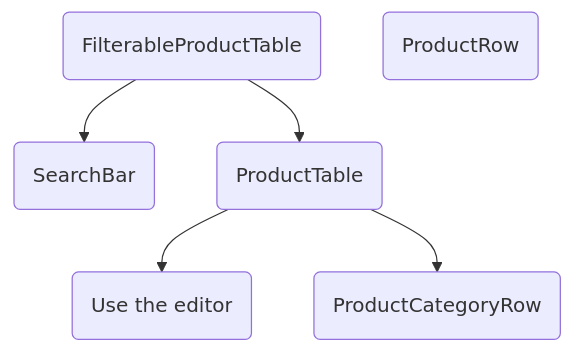
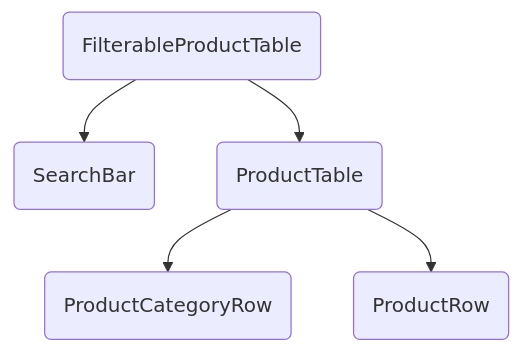
Before and after one commit to afrievalt/best-practices-react: the diagram in thinking-in-react.md, drawn with Mermaid. The commit also changed other lines of this file and 2 other files, not shown here.

````diff
--- a/thinking-in-react.md
+++ b/thinking-in-react.md
@@ -45,17 +46,16 @@
 ```mermaid
 flowchart TD
 %% Nodes
     A("FilterableProductTable")
     B("SearchBar")
     C("ProductTable")
-    D("Use the editor")
-    E("ProductCategoryRow")
-    F("ProductRow")
+    D("ProductCategoryRow")
+    E("ProductRow")
     
 %% Edge connections between nodes
     A --> B 
     A --> C 
     C --> D 
     C --> E 
     
 ```
````
